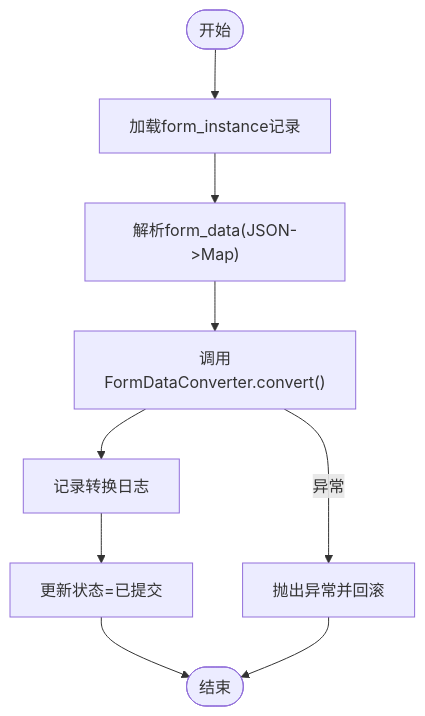
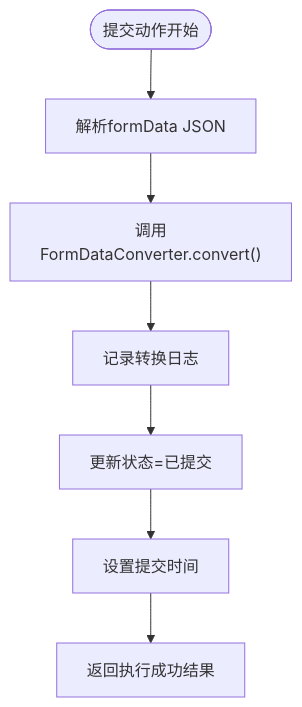
Before and after one commit to NJMrLi/genetics: the fourth of 8 diagrams in .qoder/repowiki/zh/content/核心业务逻辑/表单提交流程设计.md, drawn with Mermaid. The commit also changed other lines of this file and 19 other files, not shown here.

````diff
--- a/.qoder/repowiki/zh/content/核心业务逻辑/表单提交流程设计.md
+++ b/.qoder/repowiki/zh/content/核心业务逻辑/表单提交流程设计.md
@@ -134,11 +216,9 @@
 ```mermaid
 flowchart TD
-Start(["开始"]) --> Load["加载form_instance记录"]
-Load --> Parse["解析form_data(JSON->Map)"]
-Parse --> Convert["调用FormDataConverter.convert()"]
-Convert --> Log["记录转换日志"]
-Log --> Update["更新状态=已提交"]
-Update --> Done(["结束"])
-Convert --> |异常| Abort["抛出异常并回滚"]
-Abort --> Done
+SubmitStart(["提交动作开始"]) --> ParseData["解析formData JSON"]
+ParseData --> ConvertEntities["调用FormDataConverter.convert()"]
+ConvertEntities --> LogResults["记录转换日志"]
+LogResults --> UpdateStatus["更新状态=已提交"]
+UpdateStatus --> SetSubmitTime["设置提交时间"]
+SetSubmitTime --> ReturnSuccess["返回执行成功结果"]
 ```
````
